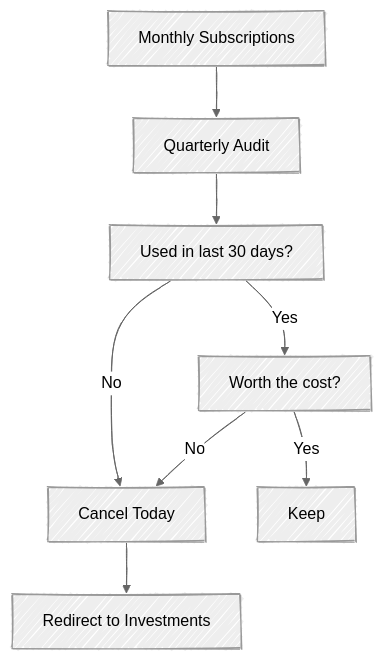
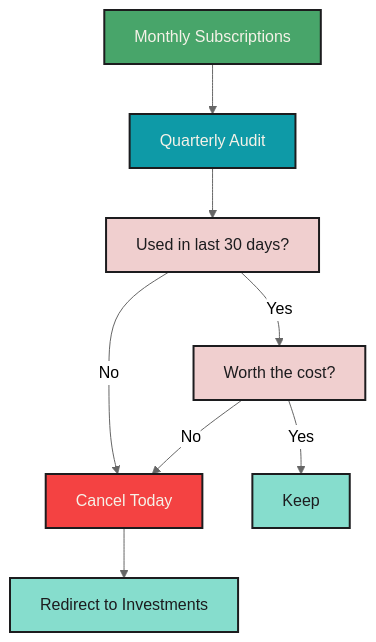
Before and after one commit to mjfrigaard/fm-finance: the second of 2 diagrams in tracking_spending.qmd, drawn with Mermaid. The commit also changed other lines of this file and 5 other files, not shown here.

Commit message:
updates to mermaid

````diff
--- a/tracking_spending.qmd
+++ b/tracking_spending.qmd
@@ -125,14 +132,21 @@
 ```{mermaid}
 %%| fig-cap: 'Subscription Audit'
 %%| fig-align: center
-%%{init: {'theme': 'neutral', 'look': 'handDrawn', 'themeVariables': { 'fontFamily': 'monospace', "fontSize":"16px"}}}%%
+%%{init: {'theme': 'neutral', 'themeVariables': { 'fontFamily': 'monospace', "fontSize":"16px"}}}%%
 
 flowchart TD
     Subscriptions[Monthly Subscriptions] --> Audit[Quarterly Audit]
     Audit --> Use[Used in last 30 days?]
     Use -->|Yes| Worth[Worth the cost?]
     Use -->|No| Cancel[Cancel Today]
     Worth -->|Yes| Keep[Keep]
     Worth -->|No| Cancel
     Cancel --> Redirect[Redirect to Investments]
+    style Subscriptions fill:#48a56a,color:#F5F2E8,stroke:#1C1C1E,stroke-width:2px
+    style Audit fill:#0e9aa7,color:#F5F2E8,stroke:#1C1C1E,stroke-width:2px
+    style Use fill:#f0cfcf,color:#1C1C1E,stroke:#1C1C1E,stroke-width:2px
+    style Worth fill:#f0cfcf,color:#1C1C1E,stroke:#1C1C1E,stroke-width:2px
+    style Cancel fill:#f44242,color:#F5F2E8,stroke:#1C1C1E,stroke-width:2px
+    style Keep fill:#86ddcd,color:#1C1C1E,stroke:#1C1C1E,stroke-width:2px
+    style Redirect fill:#86ddcd,color:#1C1C1E,stroke:#1C1C1E,stroke-width:2px
 ```
````
